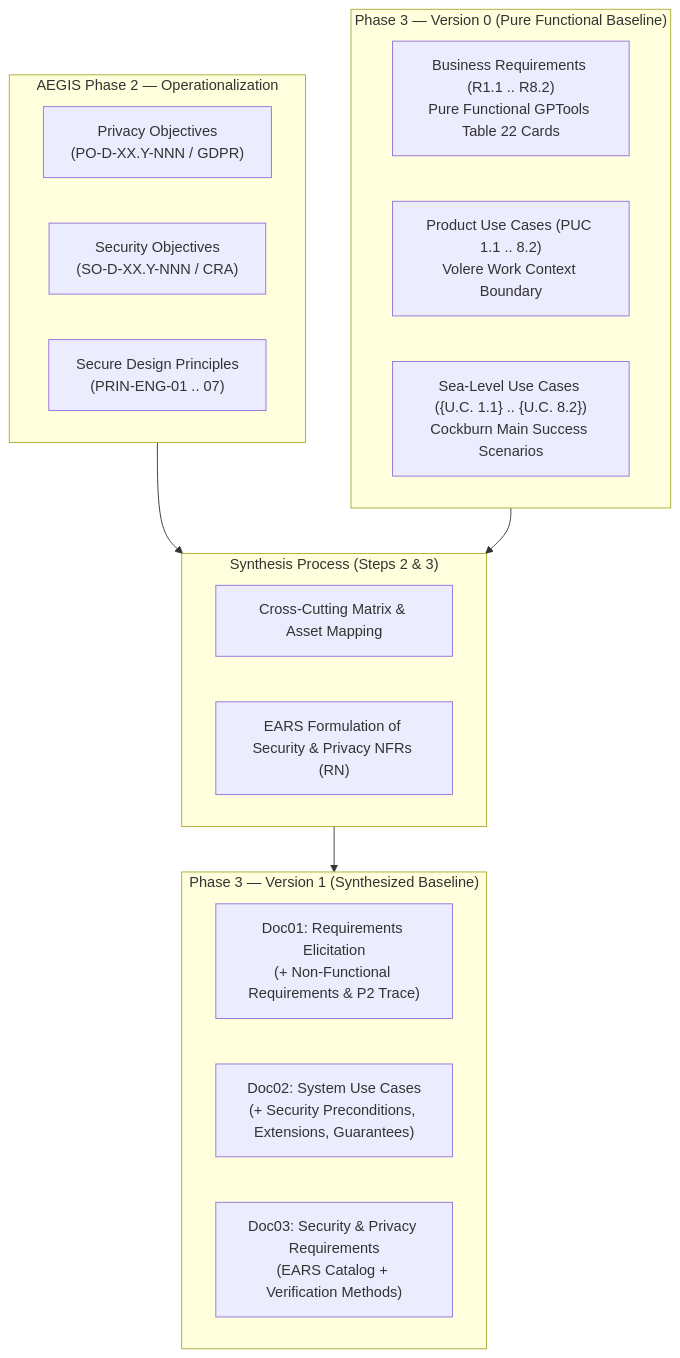
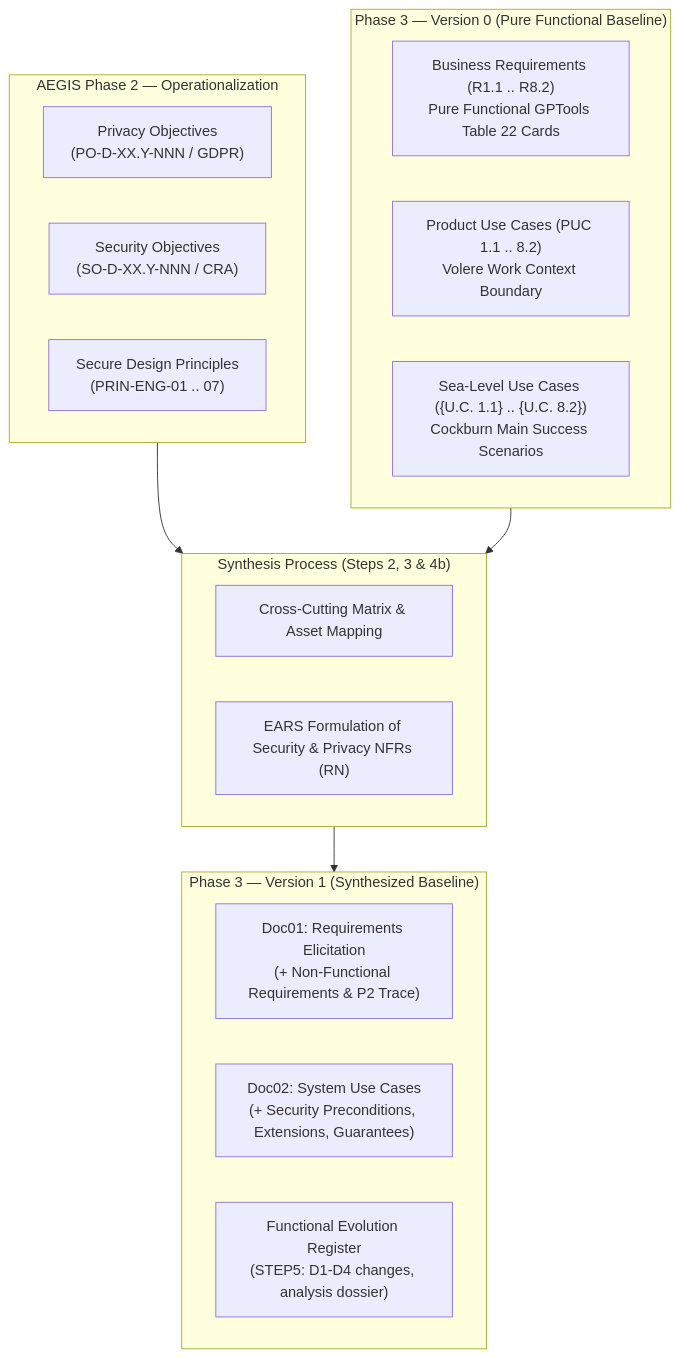
Before and after one commit to pauloribeiro16/aegis-mvp: the diagram in cases/Case_01_TinyTask_SaaS/03_PHASE3_SPEC/PHASE3_PROCESS_AND_METHODOLOGY.md, drawn with Mermaid. The commit also changed other lines of this file and 2 other files, not shown here.

First line of the commit message:
docs(phase3): codify V1 Functional Refinement Pass (Step 4b) — D1-D4 taxonomy + mandatory change register

````diff
--- a/cases/Case_01_TinyTask_SaaS/03_PHASE3_SPEC/PHASE3_PROCESS_AND_METHODOLOGY.md
+++ b/cases/Case_01_TinyTask_SaaS/03_PHASE3_SPEC/PHASE3_PROCESS_AND_METHODOLOGY.md
@@ -112,29 +113,29 @@
 ```mermaid
 flowchart TD
     subgraph P2["AEGIS Phase 2 — Operationalization"]
         PO["Privacy Objectives<br>(PO-D-XX.Y-NNN / GDPR)"]
         SO["Security Objectives<br>(SO-D-XX.Y-NNN / CRA)"]
         ENG["Secure Design Principles<br>(PRIN-ENG-01 .. 07)"]
     end
 
     subgraph P3_V0["Phase 3 — Version 0 (Pure Functional Baseline)"]
         R_V0["Business Requirements (R1.1 .. R8.2)<br>Pure Functional GPTools Table 22 Cards"]
         PUC_V0["Product Use Cases (PUC 1.1 .. 8.2)<br>Volere Work Context Boundary"]
         UC_V0["Sea-Level Use Cases ({U.C. 1.1} .. {U.C. 8.2})<br>Cockburn Main Success Scenarios"]
     end
 
-    subgraph Synth["Synthesis Process (Steps 2 & 3)"]
+    subgraph Synth["Synthesis Process (Steps 2, 3 & 4b)"]
         Matrix["Cross-Cutting Matrix & Asset Mapping"]
         EARS["EARS Formulation of Security & Privacy NFRs (RN)"]
     end
 
     subgraph P3_V1["Phase 3 — Version 1 (Synthesized Baseline)"]
         Doc01_V1["Doc01: Requirements Elicitation<br>(+ Non-Functional Requirements & P2 Trace)"]
         Doc02_V1["Doc02: System Use Cases<br>(+ Security Preconditions, Extensions, Guarantees)"]
-        Doc03_V1["Doc03: Security & Privacy Requirements<br>(EARS Catalog + Verification Methods)"]
+        Doc03_V1["Functional Evolution Register<br>(STEP5: D1-D4 changes, analysis dossier)"]
     end
 
     P2 --> Synth
     P3_V0 --> Synth
     Synth --> P3_V1
 ```
````
